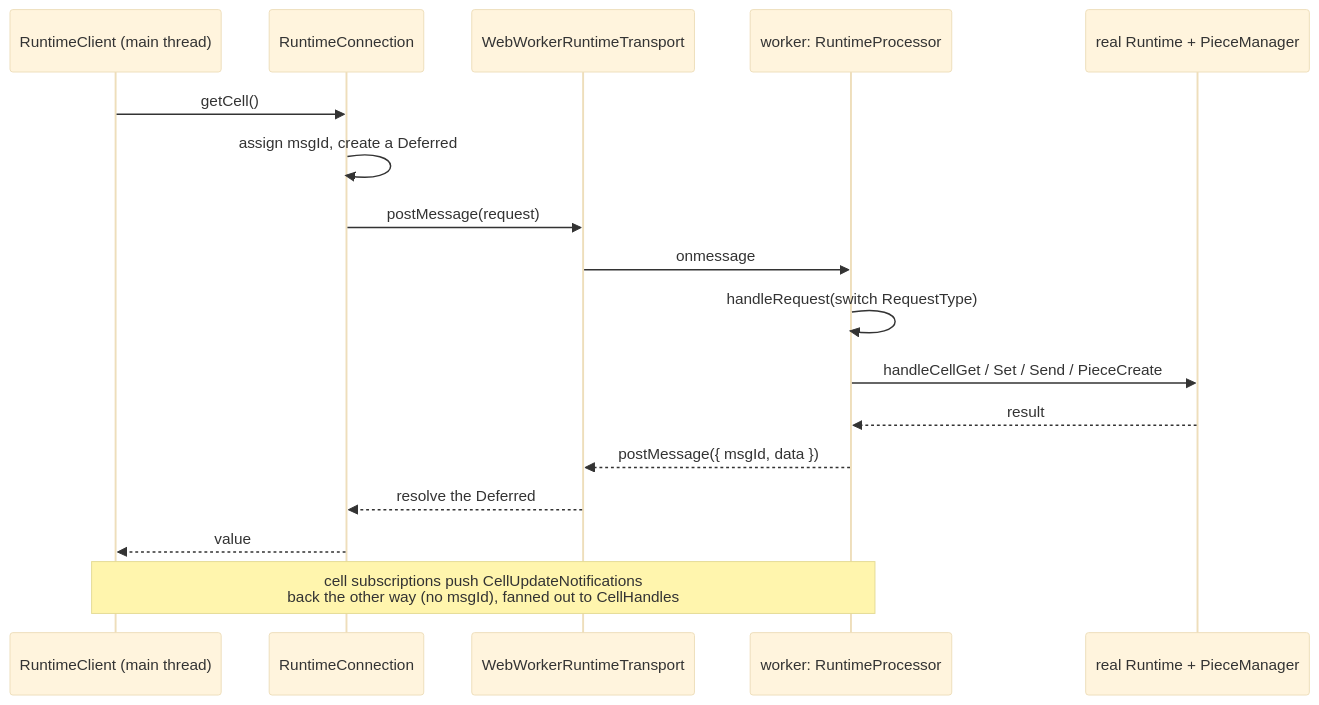
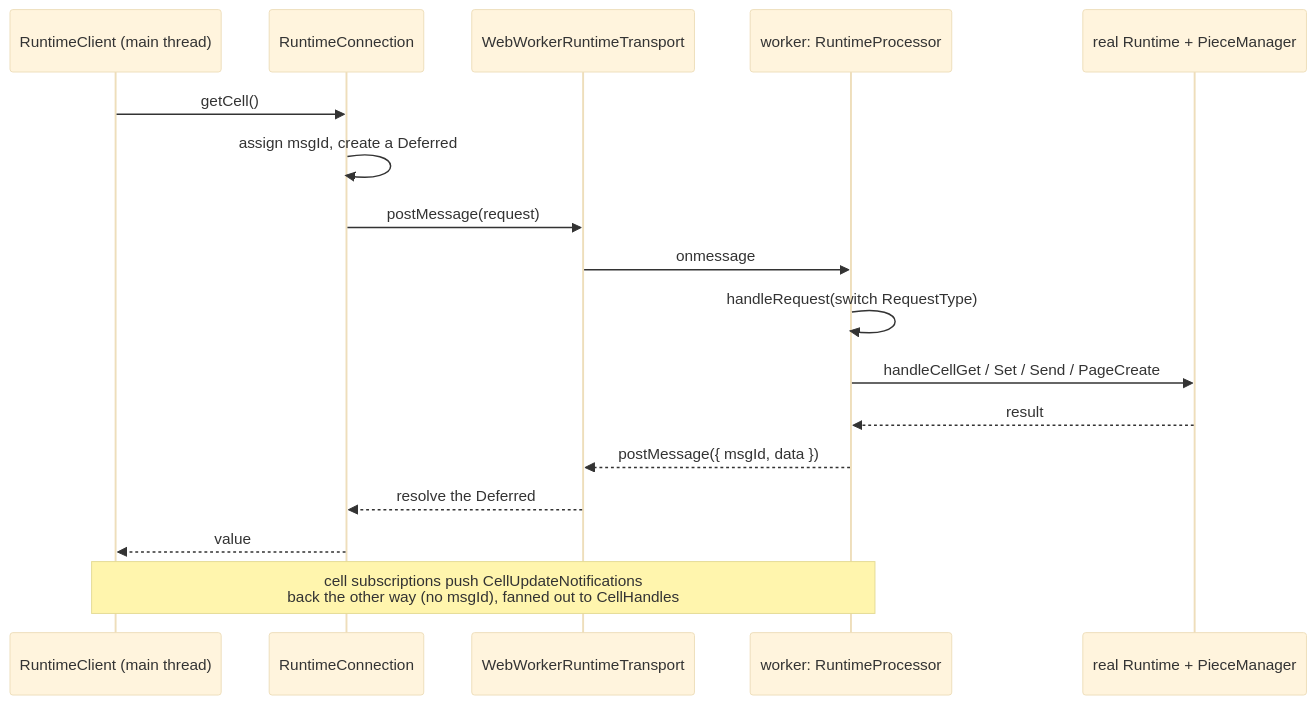
Before and after one commit to commontoolsinc/labs: the third of 4 diagrams in docs/development/orientation/cli-piece-fuse.md, drawn with Mermaid (base theme). The commit also changed other lines of this file and 5 other files, not shown here.

````diff
--- a/docs/development/orientation/cli-piece-fuse.md
+++ b/docs/development/orientation/cli-piece-fuse.md
@@ -76,21 +76,21 @@
 ```mermaid
 sequenceDiagram
     participant Main as RuntimeClient (main thread)
     participant Conn as RuntimeConnection
     participant Transport as WebWorkerRuntimeTransport
     participant Worker as worker: RuntimeProcessor
     participant RT as real Runtime + PieceManager
 
     Main->>Conn: getCell()
     Conn->>Conn: assign msgId, create a Deferred
     Conn->>Transport: postMessage(request)
     Transport->>Worker: onmessage
     Worker->>Worker: handleRequest(switch RequestType)
-    Worker->>RT: handleCellGet / Set / Send / PieceCreate
+    Worker->>RT: handleCellGet / Set / Send / PageCreate
     RT-->>Worker: result
     Worker-->>Transport: postMessage({ msgId, data })
     Transport-->>Conn: resolve the Deferred
     Conn-->>Main: value
 
     Note over Worker,Main: cell subscriptions push CellUpdateNotifications<br/>back the other way (no msgId), fanned out to CellHandles
 ```
````
